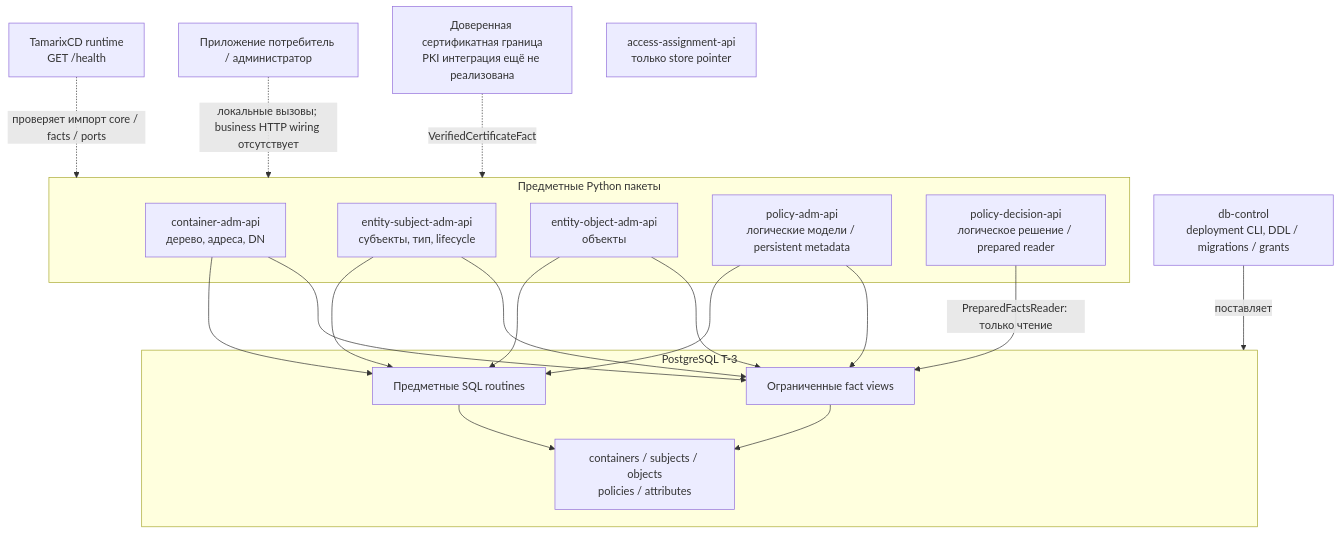
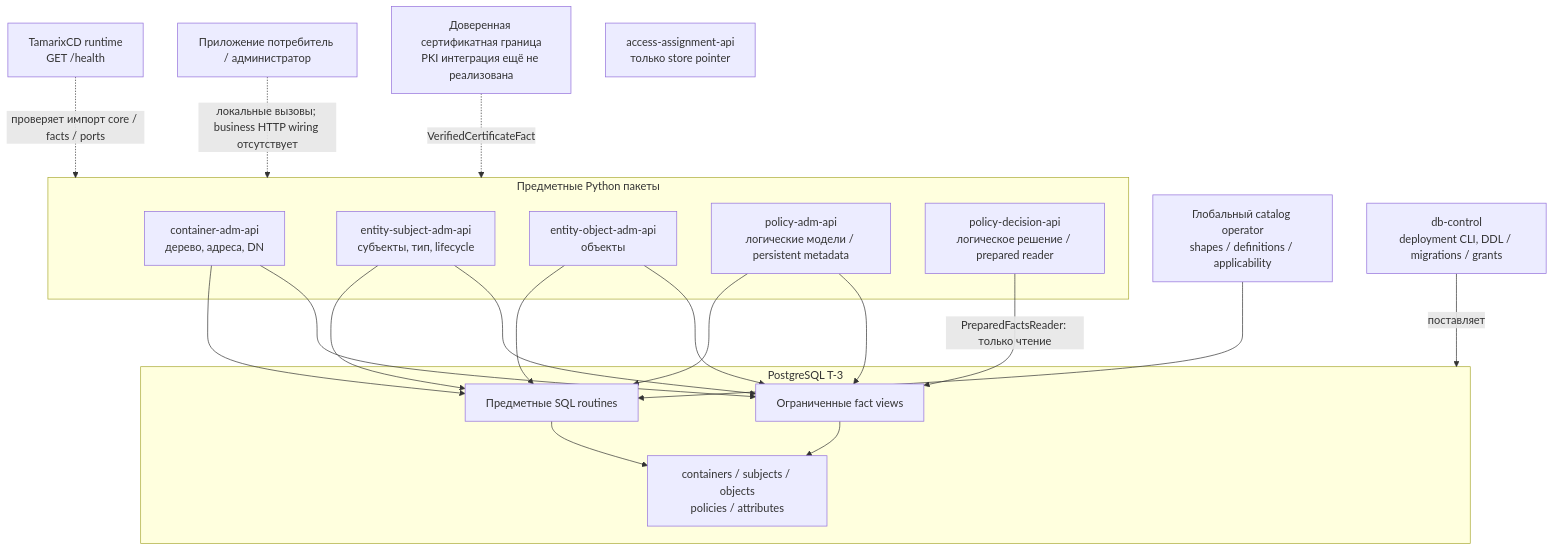
The first of 4 diagrams in docs/services.md (TamarixS/tamarix-specs), drawn with Mermaid before and after one commit. The commit also changed other lines of this file and 29 other files, not shown here.

````diff
--- a/docs/services.md
+++ b/docs/services.md
@@ -11,33 +11,34 @@
 ```mermaid
 flowchart TB
     Caller[Приложение потребитель / администратор]
     Trust[Доверенная сертификатная граница<br/>PKI интеграция ещё не реализована]
     subgraph Libraries[Предметные Python пакеты]
         CS[container-adm-api<br/>дерево, адреса, DN]
         SS[entity-subject-adm-api<br/>субъекты, тип, lifecycle]
         OS[entity-object-adm-api<br/>объекты]
         PA[policy-adm-api<br/>логические модели / persistent metadata]
         PD[policy-decision-api<br/>логическое решение / prepared reader]
     end
     subgraph Storage[PostgreSQL T-3]
         Views[Ограниченные fact views]
         Routines[Предметные SQL routines]
         Tables[containers / subjects / objects<br/>policies / attributes]
     end
     Trust -.->|VerifiedCertificateFact| Libraries
     Caller -.->|локальные вызовы; business HTTP wiring отсутствует| Libraries
     CS --> Views
     SS --> Views
     OS --> Views
     PA --> Views
     PD -->|PreparedFactsReader: только чтение| Views
     CS --> Routines
     SS --> Routines
     OS --> Routines
     PA --> Routines
     Views --> Tables
     Routines --> Tables
+    Catalog[Глобальный catalog operator<br/>shapes / definitions / applicability] --> Routines
     DBControl[db-control<br/>deployment CLI, DDL / migrations / grants] -->|поставляет| Storage
     Runtime[TamarixCD runtime<br/>GET /health] -.->|проверяет импорт core / facts / ports| Libraries
     AA[access-assignment-api<br/>только store pointer]
 ```
````
